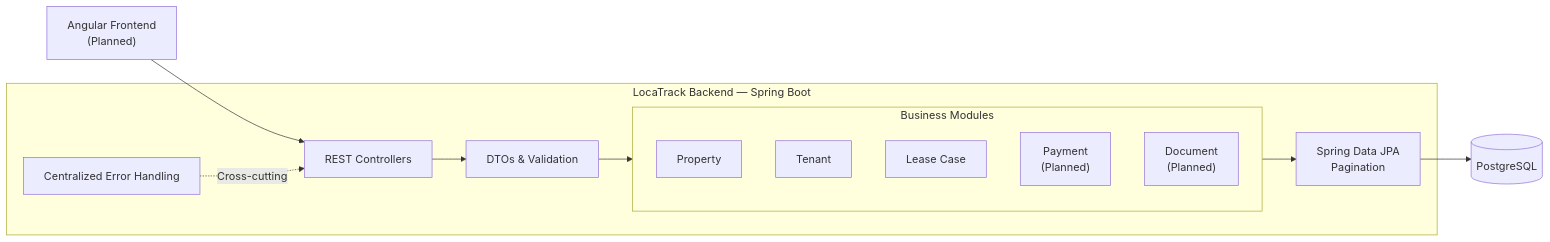
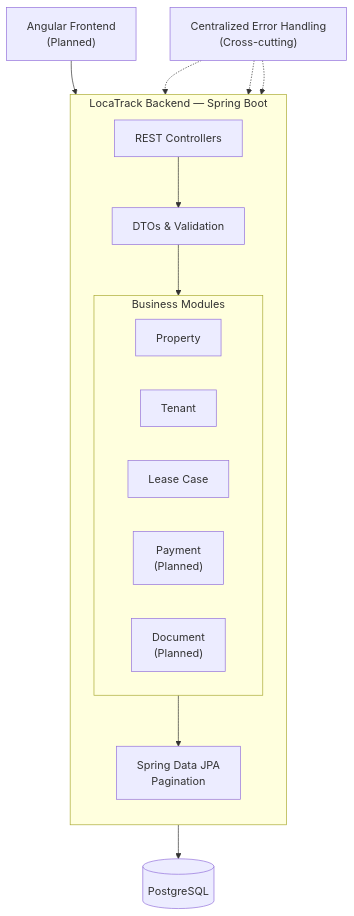
One commit to amsatambengue/locatrack changed the diagram in docs/03-architecture.md. Above: the diagram before and after it, drawn with Mermaid. The commit also changed other lines of this file, not shown here.

````diff
--- a/docs/03-architecture.md
+++ b/docs/03-architecture.md
@@ -13,29 +13,35 @@
 ```mermaid
-flowchart LR
+flowchart TD
     UI["Angular Frontend<br/>(Planned)"]
 
     subgraph API["LocaTrack Backend — Spring Boot"]
+        direction TB
+
         CTRL["REST Controllers"]
         DTO["DTOs & Validation"]
-        ERR["Centralized Error Handling"]
 
         subgraph MODULES["Business Modules"]
+            direction LR
             PROPERTY["Property"]
             TENANT["Tenant"]
             LEASE["Lease Case"]
             PAYMENT["Payment<br/>(Planned)"]
             DOCUMENT["Document<br/>(Planned)"]
         end
 
         DATA["Spring Data JPA<br/>Pagination"]
     end
 
+    ERR["Centralized Error Handling<br/>(Cross-cutting)"]
     DB[("PostgreSQL")]
 
     UI --> CTRL
     CTRL --> DTO
     DTO --> MODULES
-    ERR -. Cross-cutting .-> CTRL
     MODULES --> DATA
     DATA --> DB
+
+    ERR -.-> CTRL
+    ERR -.-> DTO
+    ERR -.-> MODULES
 ```
````
